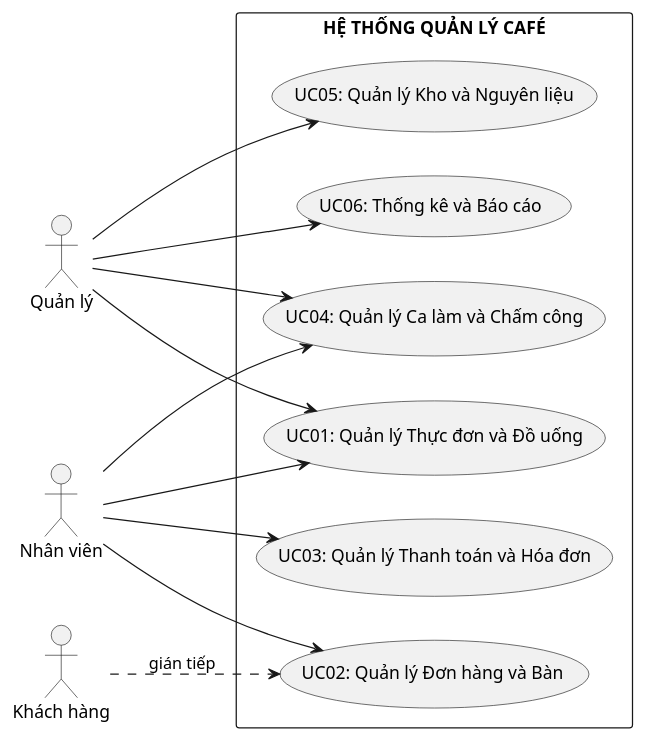
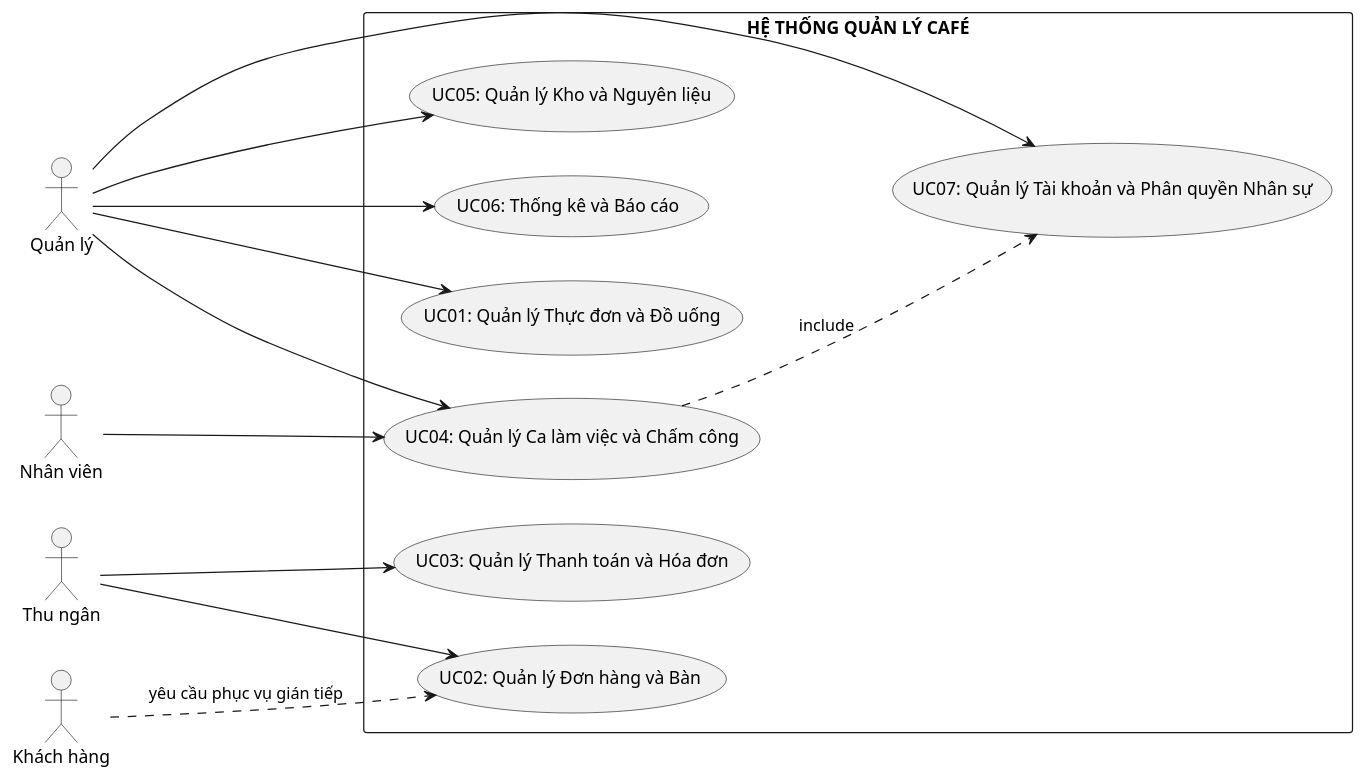
One commit to Elkayee/doc-automation-suite changed the diagram in chapters/Ch03_CHƯƠNG_1_TỔNG_QUAN_HỆ_THỐNG_VÀ_PHÂN_CÔN.md. Above: the diagram before and after it, drawn with PlantUML. The commit also changed other lines of this file and 5 other files, not shown here.

````diff
--- a/chapters/Ch03_CHƯƠNG_1_TỔNG_QUAN_HỆ_THỐNG_VÀ_PHÂN_CÔN.md
+++ b/chapters/Ch03_CHƯƠNG_1_TỔNG_QUAN_HỆ_THỐNG_VÀ_PHÂN_CÔN.md
@@ -21,29 +57,32 @@
 ```plantuml
 @startuml
 left to right direction
 skinparam packageStyle rectangle
 
 actor "Quản lý" as Manager
+actor "Thu ngân" as Cashier
 actor "Nhân viên" as Employee
 actor "Khách hàng" as Customer
 
 rectangle "HỆ THỐNG QUẢN LÝ CAFÉ" {
   usecase "UC01: Quản lý Thực đơn và Đồ uống" as UC01
   usecase "UC02: Quản lý Đơn hàng và Bàn" as UC02
   usecase "UC03: Quản lý Thanh toán và Hóa đơn" as UC03
-  usecase "UC04: Quản lý Ca làm và Chấm công" as UC04
+  usecase "UC04: Quản lý Ca làm việc và Chấm công" as UC04
   usecase "UC05: Quản lý Kho và Nguyên liệu" as UC05
   usecase "UC06: Thống kê và Báo cáo" as UC06
+  usecase "UC07: Quản lý Tài khoản và Phân quyền Nhân sự" as UC07
 }
 
 Manager --> UC01
 Manager --> UC04
 Manager --> UC05
 Manager --> UC06
-Employee --> UC01
-Employee --> UC02
-Employee --> UC03
+Manager --> UC07
+Cashier --> UC02
+Cashier --> UC03
 Employee --> UC04
-Customer ..> UC02 : gián tiếp
+Customer ..> UC02 : yêu cầu phục vụ gián tiếp
+UC04 ..> UC07 : include
 @enduml
 ```
````
